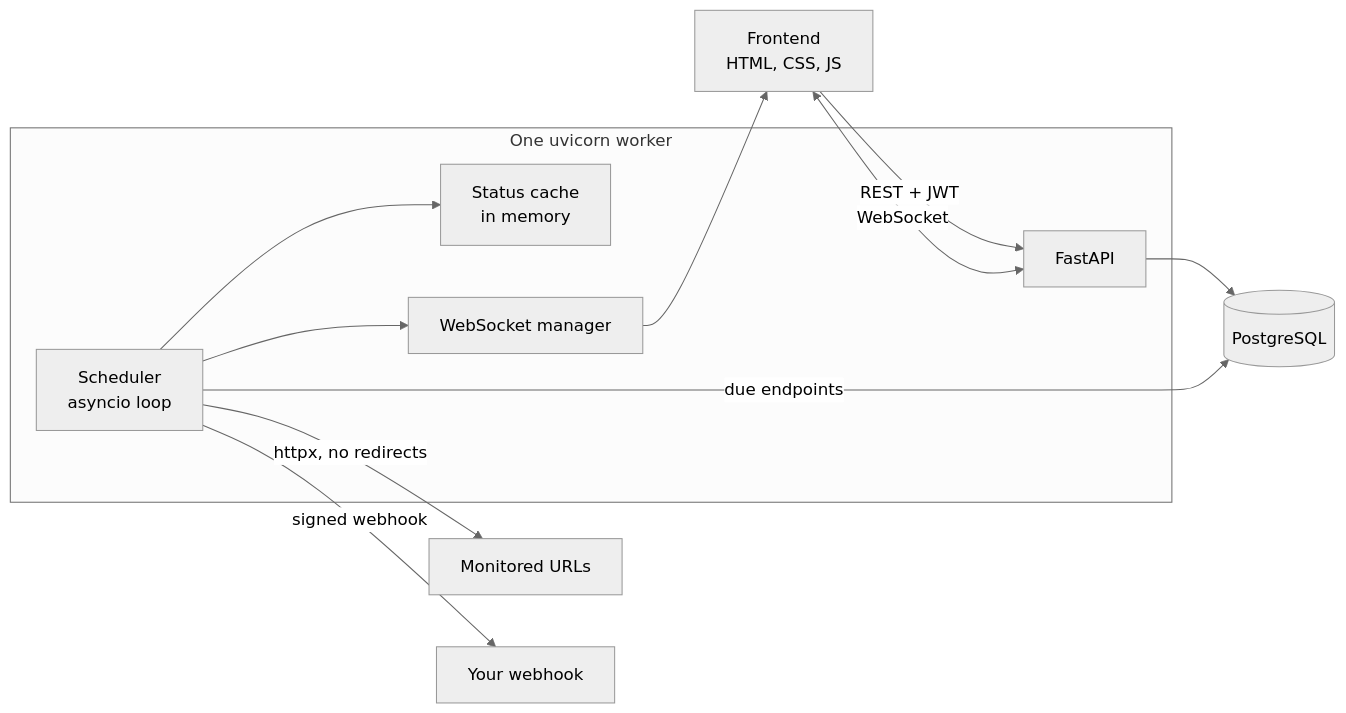
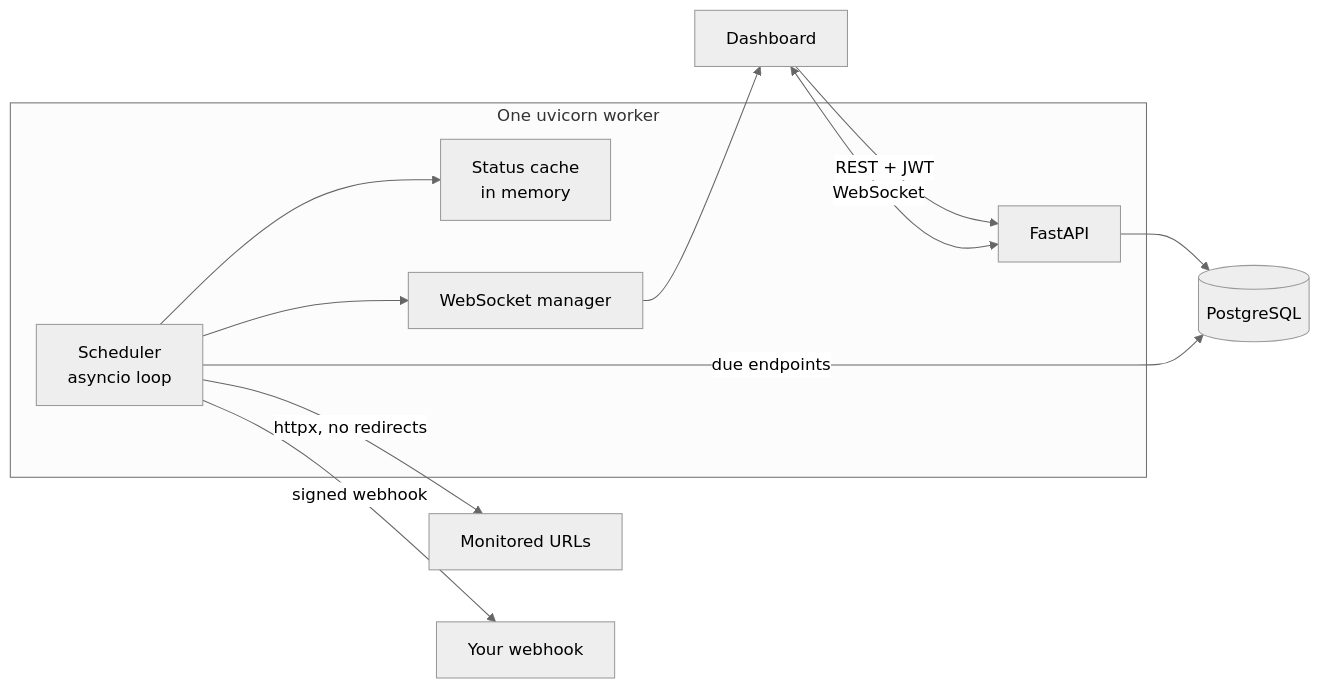
One commit to Sanjay-jat/api-uptime-monitor changed the second of 2 diagrams in README.md. Above: the diagram before and after it, drawn with Mermaid (neutral theme). The commit also changed other lines of this file, not shown here.

````diff
--- a/README.md
+++ b/README.md
@@ -80,18 +76,18 @@
 ```mermaid
 flowchart LR
-    Browser["Frontend<br/>HTML, CSS, JS"] -->|REST + JWT| API[FastAPI]
+    Browser["Dashboard"] -->|REST + JWT| API[FastAPI]
     Browser <-->|WebSocket| API
     API --> DB[(PostgreSQL)]
     subgraph One["One uvicorn worker"]
         API
         Sched["Scheduler<br/>asyncio loop"]
         Cache["Status cache<br/>in memory"]
         WS["WebSocket manager"]
     end
     Sched -->|"due endpoints"| DB
     Sched -->|"httpx, no redirects"| Targets["Monitored URLs"]
     Sched -->|"signed webhook"| Hook["Your webhook"]
     Sched --> Cache
     Sched --> WS
     WS --> Browser
 ```
````
